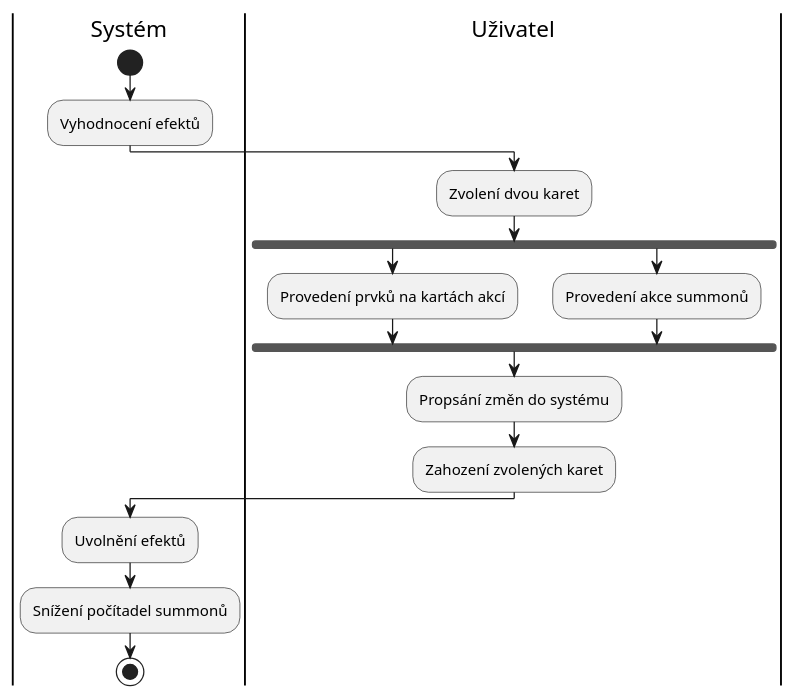
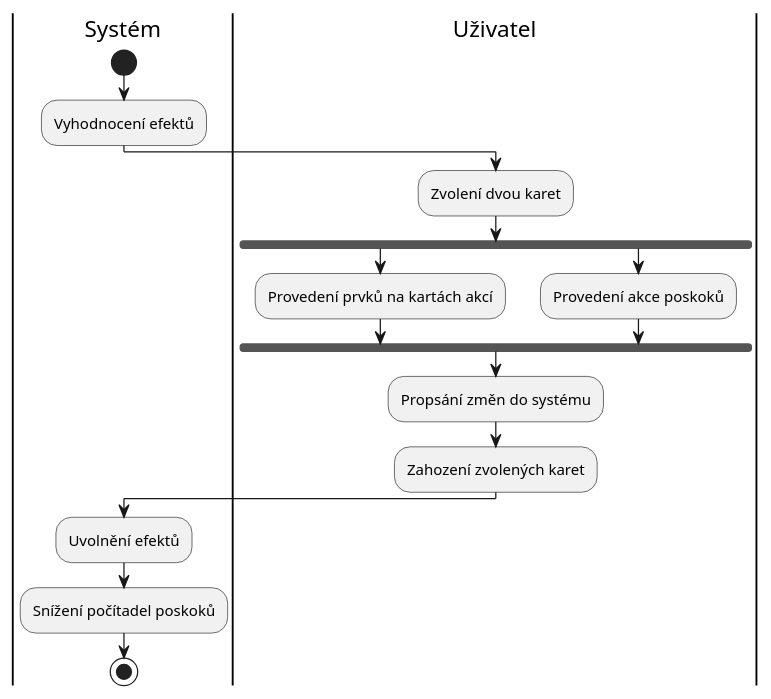
The diagram in kov0354/src/figures/diagrams/playerTurn.puml (Trails-Through-Shadows/TTS-Thesis), drawn with PlantUML before and after one commit. The commit also changed 16 other files, not shown here.

```diff
--- a/kov0354/src/figures/diagrams/playerTurn.puml
+++ b/kov0354/src/figures/diagrams/playerTurn.puml
@@ -1,22 +1,22 @@
 @startuml playerTurn
 |Systém|
 start
 
 :Vyhodnocení efektů;
 
 |Uživatel|
 :Zvolení dvou karet;
 fork
   :Provedení prvků na kartách akcí;
 fork again
-  :Provedení akce summonů;
+  :Provedení akce poskoků;
 end fork
 :Propsání změn do systému;
 :Zahození zvolených karet;
 
 |Systém|
 :Uvolnění efektů;
-:Snížení počítadel summonů;
+:Snížení počítadel poskoků;
 
 stop
 @enduml
```
